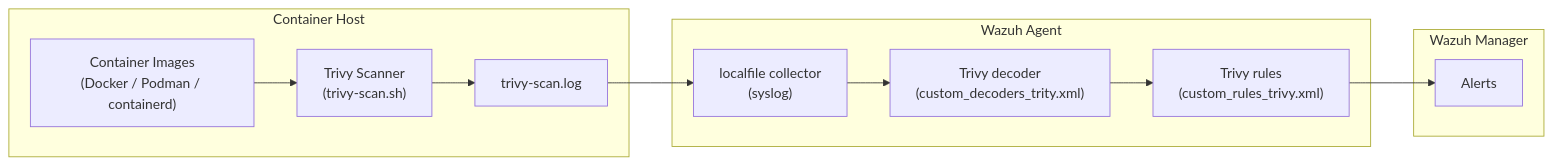
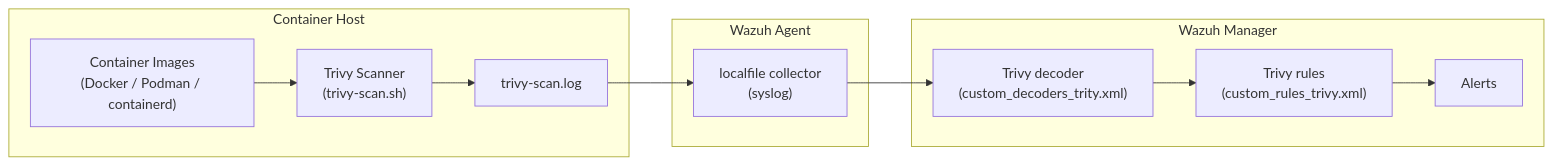
One commit to ADORSYS-GIS/wazuh-trivy changed the diagram in docs/architecture/overview.md. Above: the diagram before and after it, drawn with Mermaid. The commit also changed other lines of this file and 3 other files, not shown here.

````diff
--- a/docs/architecture/overview.md
+++ b/docs/architecture/overview.md
@@ -11,23 +11,23 @@
 ```mermaid
 flowchart LR
     subgraph Host["Container Host"]
         IMG["Container Images<br/>(Docker / Podman / containerd)"]
         TRIVY["Trivy Scanner<br/>(trivy-scan.sh)"]
         LOG["trivy-scan.log"]
     end
     subgraph Agent["Wazuh Agent"]
         LOCALFILE["localfile collector<br/>(syslog)"]
+    end
+    subgraph Manager["Wazuh Manager"]
         DECODER["Trivy decoder<br/>(custom_decoders_trity.xml)"]
         RULES["Trivy rules<br/>(custom_rules_trivy.xml)"]
-    end
-    subgraph Manager["Wazuh Manager"]
         ALERT["Alerts"]
     end
 
     IMG --> TRIVY
     TRIVY --> LOG
     LOG --> LOCALFILE
     LOCALFILE --> DECODER
     DECODER --> RULES
     RULES --> ALERT
 ```
````
